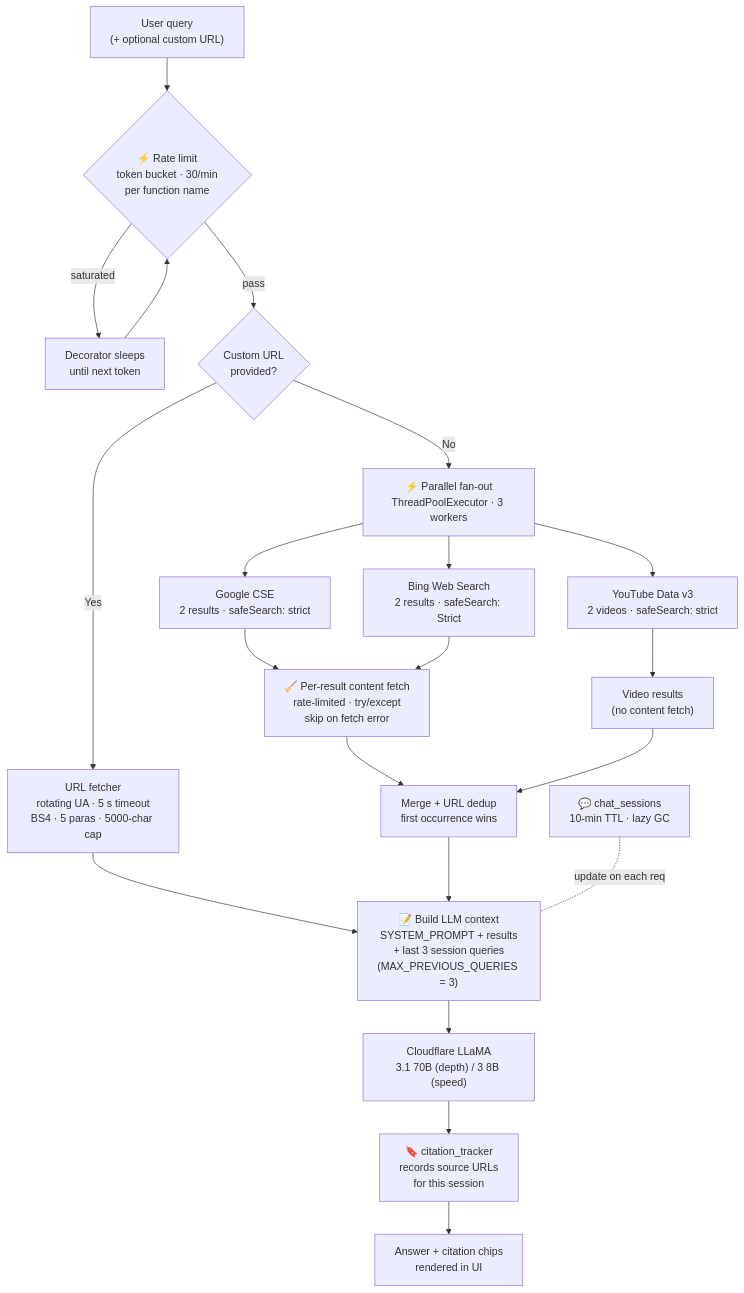
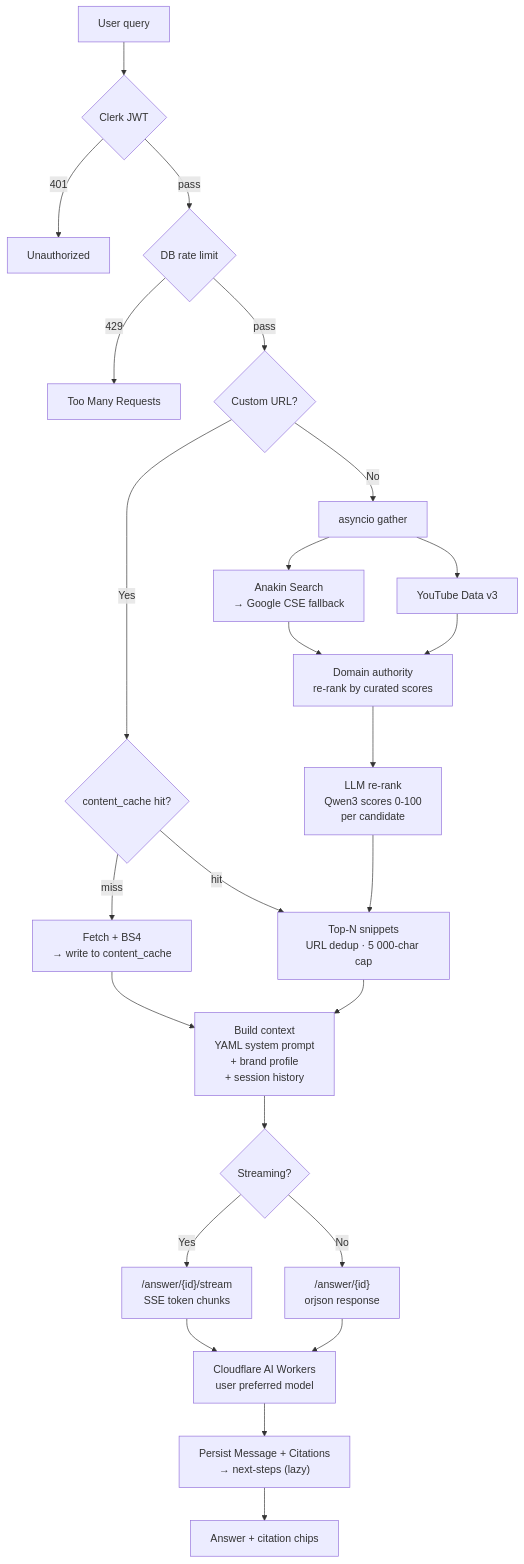
The second of 2 diagrams in readme.md (paritoshtripathi935/MiniPerplexity), drawn with Mermaid before and after one commit. The commit also changed other lines of this file, not shown here.

First line of the commit message:
docs: rewrite readme for PaidPilot v1 architecture

````diff
--- a/readme.md
+++ b/readme.md
@@ -88,23 +130,24 @@
 ```mermaid
 flowchart TD
-    Q["User query<br/>(+ optional custom URL)"] --> RL{"⚡ Rate limit<br/>token bucket · 30/min<br/>per function name"}
-    RL -- "saturated" --> RL1["Decorator sleeps<br/>until next token"]
-    RL1 --> RL
-    RL -- "pass" --> S{"Custom URL<br/>provided?"}
-    S -- "Yes" --> UF["URL fetcher<br/>rotating UA · 5 s timeout<br/>BS4 · 5 paras · 5000-char cap"]
-    S -- "No" --> PAR["⚡ Parallel fan-out<br/>ThreadPoolExecutor · 3 workers"]
-    PAR --> GS["Google CSE<br/>2 results · safeSearch: strict"]
-    PAR --> BS["Bing Web Search<br/>2 results · safeSearch: Strict"]
-    PAR --> YS["YouTube Data v3<br/>2 videos · safeSearch: strict"]
-    GS --> FE["🧹 Per-result content fetch<br/>rate-limited · try/except<br/>skip on fetch error"]
-    BS --> FE
-    YS --> VR["Video results<br/>(no content fetch)"]
-    FE --> MRG["Merge + URL dedup<br/>first occurrence wins"]
-    VR --> MRG
+    Q["User query"] --> AUTH{"Clerk JWT"}
+    AUTH -- "401" --> ERR["Unauthorized"]
+    AUTH -- "pass" --> RL{"DB rate limit"}
+    RL -- "429" --> RATE["Too Many Requests"]
+    RL -- "pass" --> S{"Custom URL?"}
+    S -- "Yes" --> CC{"content_cache hit?"}
+    CC -- "hit" --> RANK
+    CC -- "miss" --> UF["Fetch + BS4\n→ write to content_cache"]
+    S -- "No" --> PAR["asyncio gather"]
+    PAR --> ANK["Anakin Search\n→ Google CSE fallback"] & YT["YouTube Data v3"]
+    ANK & YT --> DA["Domain authority\nre-rank by curated scores"]
+    DA --> LR["LLM re-rank\nQwen3 scores 0-100\nper candidate"]
+    LR --> RANK["Top-N snippets\nURL dedup · 5 000-char cap"]
     UF --> CTX
-    MRG --> CTX["📝 Build LLM context<br/>SYSTEM_PROMPT + results<br/>+ last 3 session queries<br/>(MAX_PREVIOUS_QUERIES = 3)"]
-    CTX --> LLM["Cloudflare LLaMA<br/>3.1 70B (depth) / 3 8B (speed)"]
-    LLM --> CT["🔖 citation_tracker<br/>records source URLs<br/>for this session"]
-    CT --> ANS["Answer + citation chips<br/>rendered in UI"]
-    SESS["💬 chat_sessions<br/>10-min TTL · lazy GC"] -. "update on each req" .- CTX
+    RANK --> CTX["Build context\nYAML system prompt\n+ brand profile\n+ session history"]
+    CTX --> STREAM{"Streaming?"}
+    STREAM -- "Yes" --> SSE["/answer/{id}/stream\nSSE token chunks"]
+    STREAM -- "No" --> SYNC["/answer/{id}\norjson response"]
+    SSE & SYNC --> LLM["Cloudflare AI Workers\nuser preferred model"]
+    LLM --> SAVE["Persist Message + Citations\n→ next-steps (lazy)"]
+    SAVE --> ANS["Answer + citation chips"]
 ```
````
